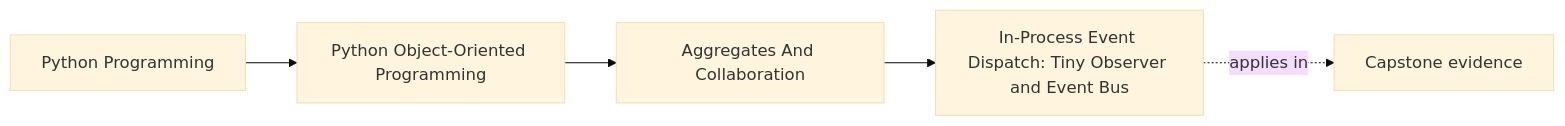
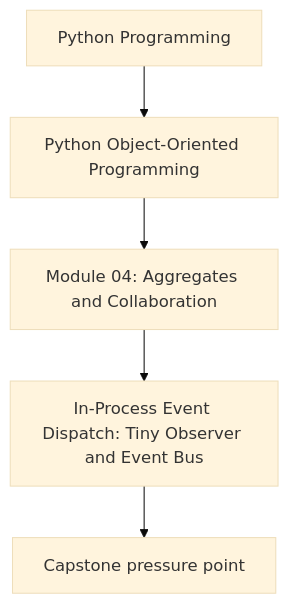
Before and after one commit to bijux/bijux-masterclass: the first of 2 diagrams in programs/python-programming/python-object-oriented-programming/course-book/module-04-aggregates-and-collaboration/in-process-event-bus.md, drawn with Mermaid (base theme). The commit also changed other lines of this file and 107 other files, not shown here.

Commit message:
docs(python-object-oriented-programming): align concept page diagrams

````diff
--- a/programs/python-programming/python-object-oriented-programming/course-book/module-04-aggregates-and-collaboration/in-process-event-bus.md
+++ b/programs/python-programming/python-object-oriented-programming/course-book/module-04-aggregates-and-collaboration/in-process-event-bus.md
@@ -7,11 +7,7 @@
 ```mermaid
-graph LR
-  family["Python Programming"]
-  program["Python Object-Oriented Programming"]
-  section["Aggregates And Collaboration"]
-  page["In-Process Event Dispatch: Tiny Observer and Event Bus"]
-  capstone["Capstone evidence"]
-
-  family --> program --> section --> page
-  page -.applies in.-> capstone
+flowchart TD
+  family["Python Programming"] --> program["Python Object-Oriented Programming"]
+  program --> module["Module 04: Aggregates and Collaboration"]
+  module --> concept["In-Process Event Dispatch: Tiny Observer and Event Bus"]
+  concept --> capstone["Capstone pressure point"]
 ```
````
